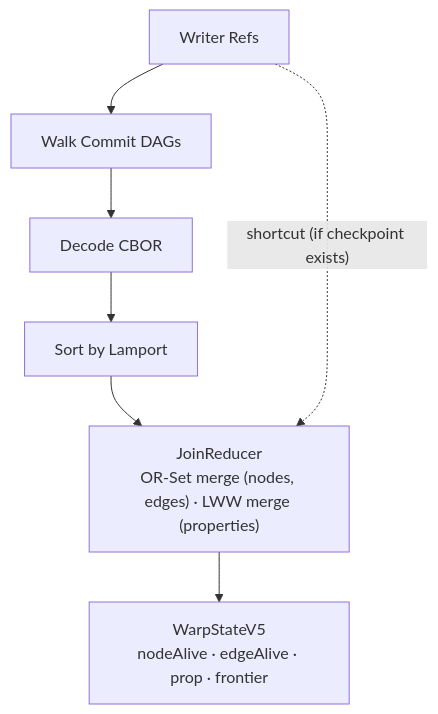
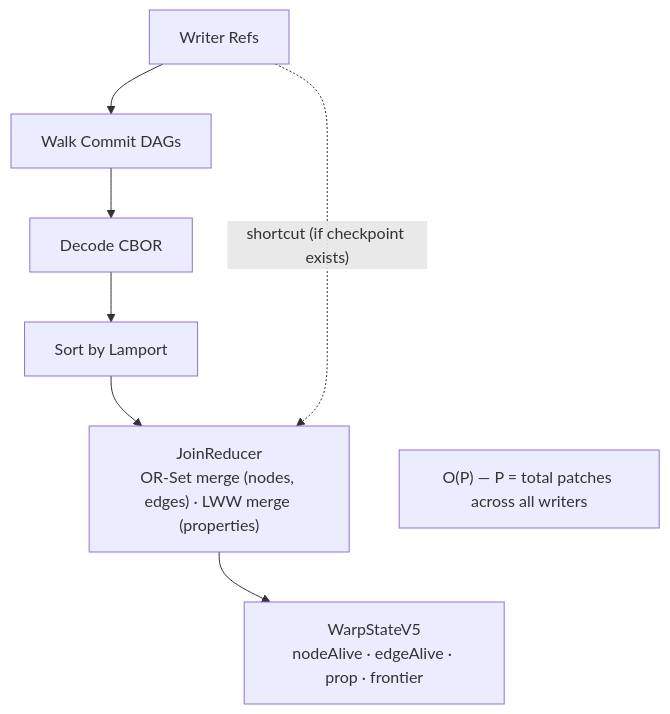
The second of 7 diagrams in docs/GUIDE.md (git-stunts/git-warp), drawn with Mermaid before and after one commit. The commit also changed other lines of this file and 4 other files, not shown here.

First line of the commit message:
fix(docs): restore lost detail in Mermaid diagrams

````diff
--- a/docs/GUIDE.md
+++ b/docs/GUIDE.md
@@ -252,10 +252,12 @@
 ```mermaid
 flowchart TB
     refs["Writer Refs"] --> walk["Walk Commit DAGs"]
     walk --> decode["Decode CBOR"]
     decode --> sort["Sort by Lamport"]
     sort --> reducer["JoinReducer<br/>OR-Set merge (nodes, edges) · LWW merge (properties)"]
     reducer --> state["WarpStateV5<br/>nodeAlive · edgeAlive · prop · frontier"]
 
     refs -.->|"shortcut (if checkpoint exists)"| reducer
+
+    complexity["O(P) — P = total patches across all writers"] ~~~ state
 ```
````
